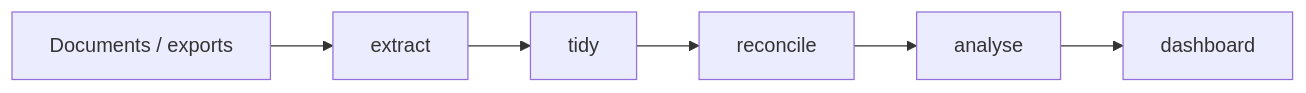
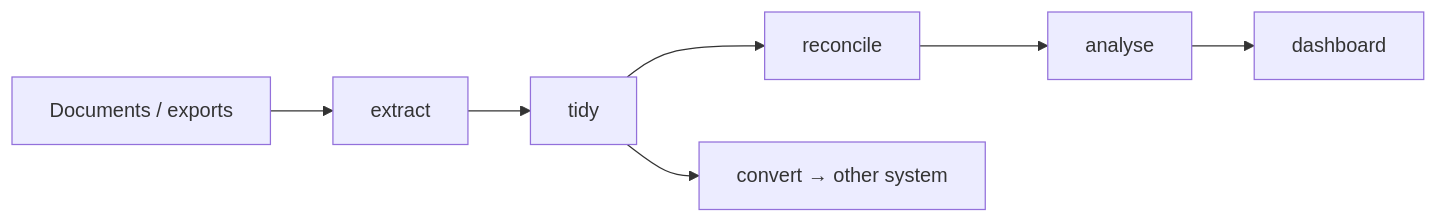
The first of 2 diagrams in README.md (moonlight-lupin/data-toolkit), drawn with Mermaid before and after one commit. The commit also changed other lines of this file and 7 other files, not shown here.

````diff
--- a/README.md
+++ b/README.md
@@ -121,8 +121,9 @@
 ```mermaid
 flowchart LR
   A[Documents / exports] --> B[extract]
   B --> C[tidy]
   C --> D[reconcile]
   D --> E[analyse]
   E --> F[dashboard]
+  C --> G[convert → other system]
 ```
````
